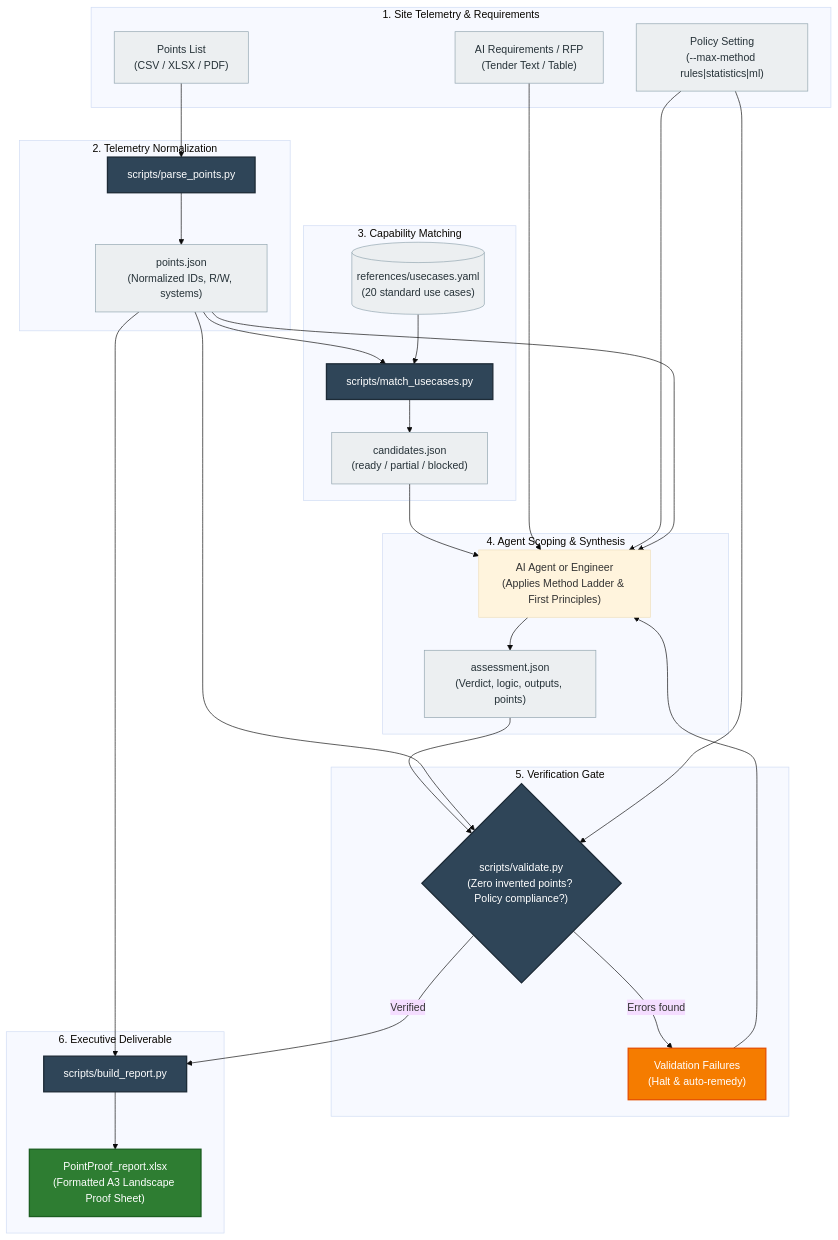
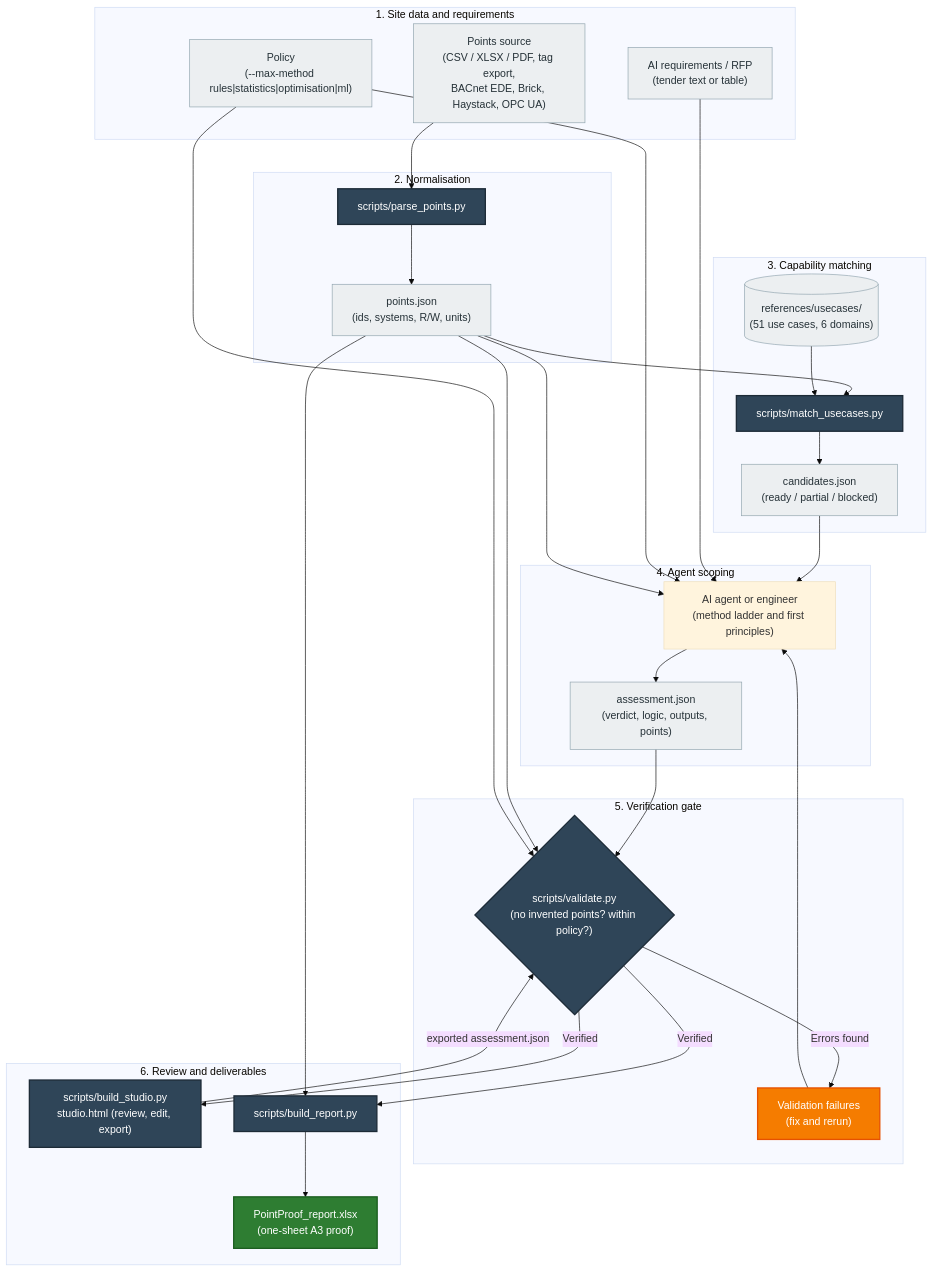
Before and after one commit to flamewithcodeossoss/pointproof: the first of 2 diagrams in README.md, drawn with Mermaid (base theme). The commit also changed other lines of this file and 60 other files, not shown here.

First line of the commit message:
PointProof v0.2.0: any data source, any domain, optimisation rung, studio

````diff
--- a/README.md
+++ b/README.md
@@ -88,62 +84,65 @@
 ```mermaid
 flowchart TD
-    subgraph Inputs["1. Site Telemetry & Requirements"]
-        PointsFile["Points List<br/>(CSV / XLSX / PDF)"]
-        ReqsFile["AI Requirements / RFP<br/>(Tender Text / Table)"]
-        Policy["Policy Setting<br/>(--max-method rules|statistics|ml)"]
+    subgraph Inputs["1. Site data and requirements"]
+        PointsFile["Points source<br/>(CSV / XLSX / PDF, tag export,<br/>BACnet EDE, Brick, Haystack, OPC UA)"]
+        ReqsFile["AI requirements / RFP<br/>(tender text or table)"]
+        Policy["Policy<br/>(--max-method rules|statistics|optimisation|ml)"]
     end
 
-    subgraph Phase1["2. Telemetry Normalization"]
+    subgraph Phase1["2. Normalisation"]
         Parser["scripts/parse_points.py"]
-        PointsJSON["points.json<br/>(Normalized IDs, R/W, systems)"]
+        PointsJSON["points.json<br/>(ids, systems, R/W, units)"]
     end
 
-    subgraph Phase2["3. Capability Matching"]
-        UsecaseLib[("references/usecases.yaml<br/>(20 standard use cases)")]
+    subgraph Phase2["3. Capability matching"]
+        UsecaseLib[("references/usecases/<br/>(51 use cases, 6 domains)")]
         Matcher["scripts/match_usecases.py"]
         CandidatesJSON["candidates.json<br/>(ready / partial / blocked)"]
     end
 
-    subgraph Phase3["4. Agent Scoping & Synthesis"]
-        Agent["AI Agent or Engineer<br/>(Applies Method Ladder & First Principles)"]
-        AssessmentJSON["assessment.json<br/>(Verdict, logic, outputs, points)"]
+    subgraph Phase3["4. Agent scoping"]
+        Agent["AI agent or engineer<br/>(method ladder and first principles)"]
+        AssessmentJSON["assessment.json<br/>(verdict, logic, outputs, points)"]
     end
 
-    subgraph Phase4["5. Verification Gate"]
-        Validator{"scripts/validate.py<br/>(Zero invented points? Policy compliance?)"}
-        Errors["Validation Failures<br/>(Halt & auto-remedy)"]
+    subgraph Phase4["5. Verification gate"]
+        Validator{"scripts/validate.py<br/>(no invented points? within policy?)"}
+        Errors["Validation failures<br/>(fix and rerun)"]
     end
 
-    subgraph Phase5["6. Executive Deliverable"]
+    subgraph Phase5["6. Review and deliverables"]
+        Studio["scripts/build_studio.py<br/>studio.html (review, edit, export)"]
         ReportBuilder["scripts/build_report.py"]
-        ExcelReport["PointProof_report.xlsx<br/>(Formatted A3 Landscape Proof Sheet)"]
+        ExcelReport["PointProof_report.xlsx<br/>(one-sheet A3 proof)"]
     end
 
     PointsFile --> Parser --> PointsJSON
     PointsJSON --> Matcher
     UsecaseLib --> Matcher --> CandidatesJSON
 
     CandidatesJSON --> Agent
     ReqsFile --> Agent
     Policy --> Agent
     PointsJSON --> Agent --> AssessmentJSON
 
     AssessmentJSON --> Validator
     PointsJSON --> Validator
     Policy --> Validator
 
     Validator -- "Errors found" --> Errors --> Agent
+    Validator -- "Verified" --> Studio
     Validator -- "Verified" --> ReportBuilder
+    Studio -- "exported assessment.json" --> Validator
     PointsJSON --> ReportBuilder
     ReportBuilder --> ExcelReport
 
     classDef primary fill:#2F4558,stroke:#1D2B37,stroke-width:2px,color:#fff;
     classDef success fill:#2E7D32,stroke:#1B5E20,stroke-width:2px,color:#fff;
     classDef warning fill:#F57C00,stroke:#E65100,stroke-width:2px,color:#fff;
     classDef file fill:#ECEFF1,stroke:#90A4AE,stroke-width:1px,color:#263238;
 
-    class Parser,Matcher,Validator,ReportBuilder primary;
+    class Parser,Matcher,Validator,ReportBuilder,Studio primary;
     class ExcelReport success;
     class Errors warning;
     class PointsFile,ReqsFile,Policy,PointsJSON,CandidatesJSON,AssessmentJSON,UsecaseLib file;
 ```
````
